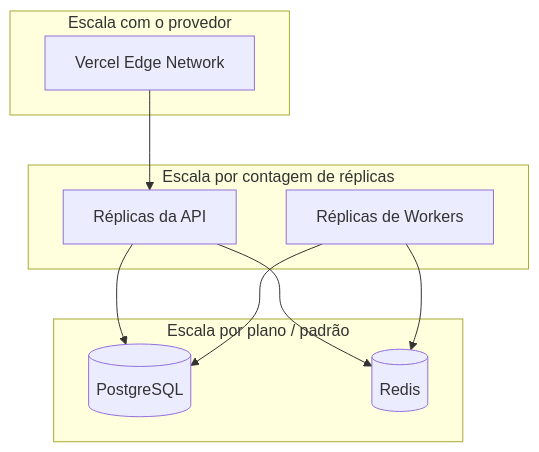
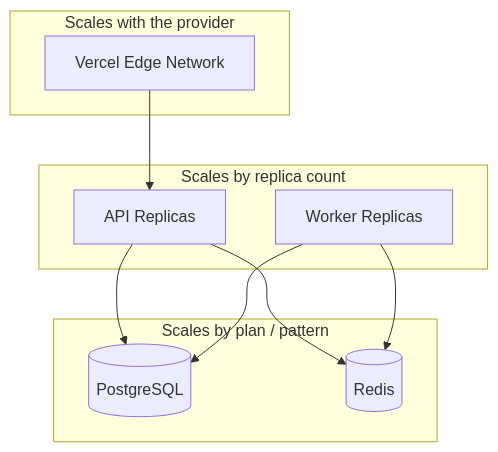
Before and after one commit to alissonf216/licitech-architecture-showcase: the first of 3 diagrams in docs/SCALABILITY.md, drawn with Mermaid. The commit also changed other lines of this file and 36 other files, not shown here.

First line of the commit message:
Add Licitech architecture portfolio (EN + PT-BR)

````diff
--- a/docs/SCALABILITY.md
+++ b/docs/SCALABILITY.md
@@ -9,20 +9,20 @@
 ```mermaid
 flowchart TB
-    subgraph Edge["Escala com o provedor"]
+    subgraph Edge["Scales with the provider"]
         FE[Vercel Edge Network]
     end
-    subgraph Compute["Escala por contagem de réplicas"]
-        API[Réplicas da API]
-        W[Réplicas de Workers]
+    subgraph Compute["Scales by replica count"]
+        API[API Replicas]
+        W[Worker Replicas]
     end
-    subgraph Data["Escala por plano / padrão"]
+    subgraph Data["Scales by plan / pattern"]
         PG[(PostgreSQL)]
         REDIS[(Redis)]
     end
 
     FE --> API
     API --> REDIS
     API --> PG
     W --> REDIS
     W --> PG
 ```
````
